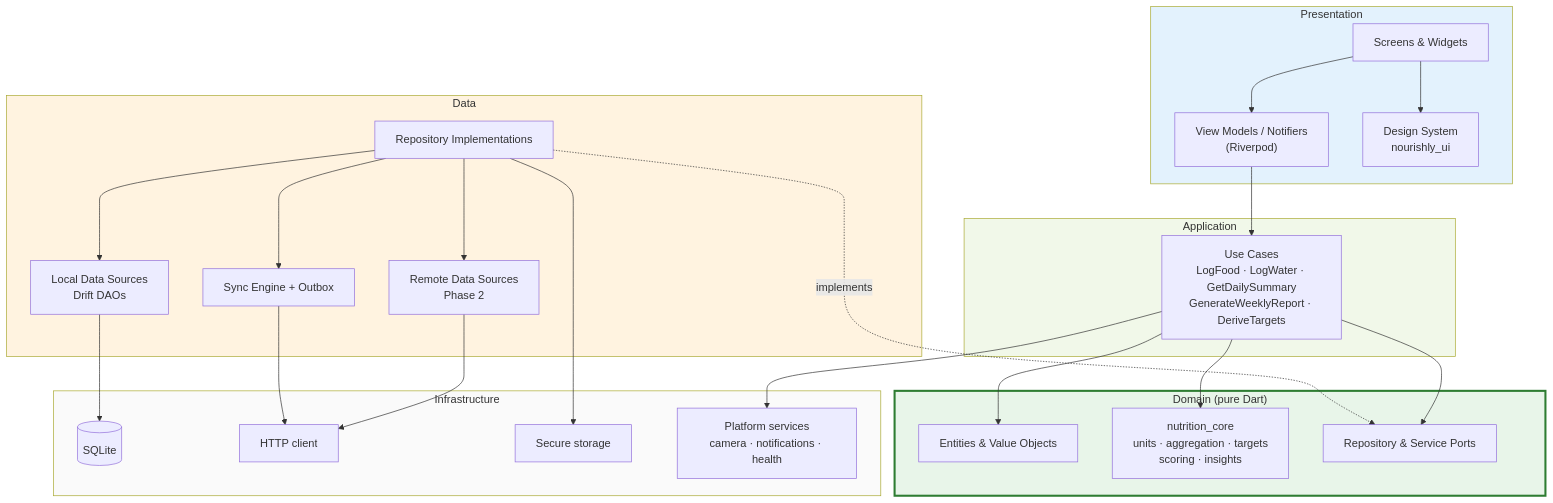
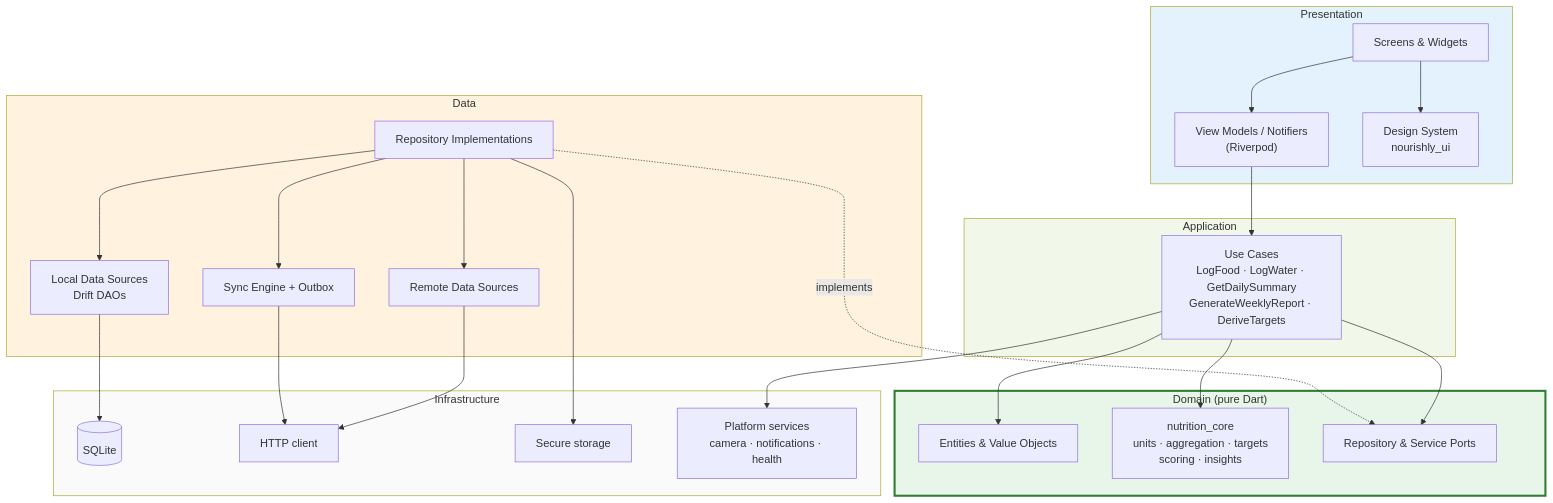
One commit to patel-keyur-18/nourishly changed the second of 5 diagrams in docs/architecture/03-system-architecture.md. Above: the diagram before and after it, drawn with Mermaid. The commit also changed other lines of this file and 12 other files, not shown here.

First line of the commit message:
docs(architecture): revise to v0.2 for review decisions

````diff
--- a/docs/architecture/03-system-architecture.md
+++ b/docs/architecture/03-system-architecture.md
@@ -80,54 +80,54 @@
 ```mermaid
 graph TD
     subgraph P["Presentation"]
         SCREENS["Screens & Widgets"]
         VM["View Models / Notifiers<br/>(Riverpod)"]
         DS["Design System<br/>nourishly_ui"]
         SCREENS --> VM
         SCREENS --> DS
     end
 
     subgraph A["Application"]
         UC["Use Cases<br/>LogFood · LogWater · GetDailySummary<br/>GenerateWeeklyReport · DeriveTargets"]
     end
 
     subgraph D["Domain (pure Dart)"]
         ENT["Entities & Value Objects"]
         CORE["nutrition_core<br/>units · aggregation · targets<br/>scoring · insights"]
         PORTS["Repository & Service Ports"]
     end
 
     subgraph DA["Data"]
         REPO["Repository Implementations"]
         LOCAL["Local Data Sources<br/>Drift DAOs"]
-        REMOTE["Remote Data Sources<br/>Phase 2"]
+        REMOTE["Remote Data Sources"]
         SYNC["Sync Engine + Outbox"]
         REPO --> LOCAL
         REPO --> REMOTE
         REPO --> SYNC
     end
 
     subgraph I["Infrastructure"]
         SQLITE[("SQLite")]
         HTTP["HTTP client"]
         SECURE["Secure storage"]
         PLAT["Platform services<br/>camera · notifications · health"]
     end
 
     VM --> UC
     UC --> ENT
     UC --> CORE
     UC --> PORTS
     REPO -.implements.-> PORTS
     LOCAL --> SQLITE
     REMOTE --> HTTP
     SYNC --> HTTP
     REPO --> SECURE
     UC --> PLAT
 
     style D fill:#e8f5e9,stroke:#2e7d32,stroke-width:3px
     style P fill:#e3f2fd
     style A fill:#f1f8e9
     style DA fill:#fff3e0
     style I fill:#fafafa
 ```
````
